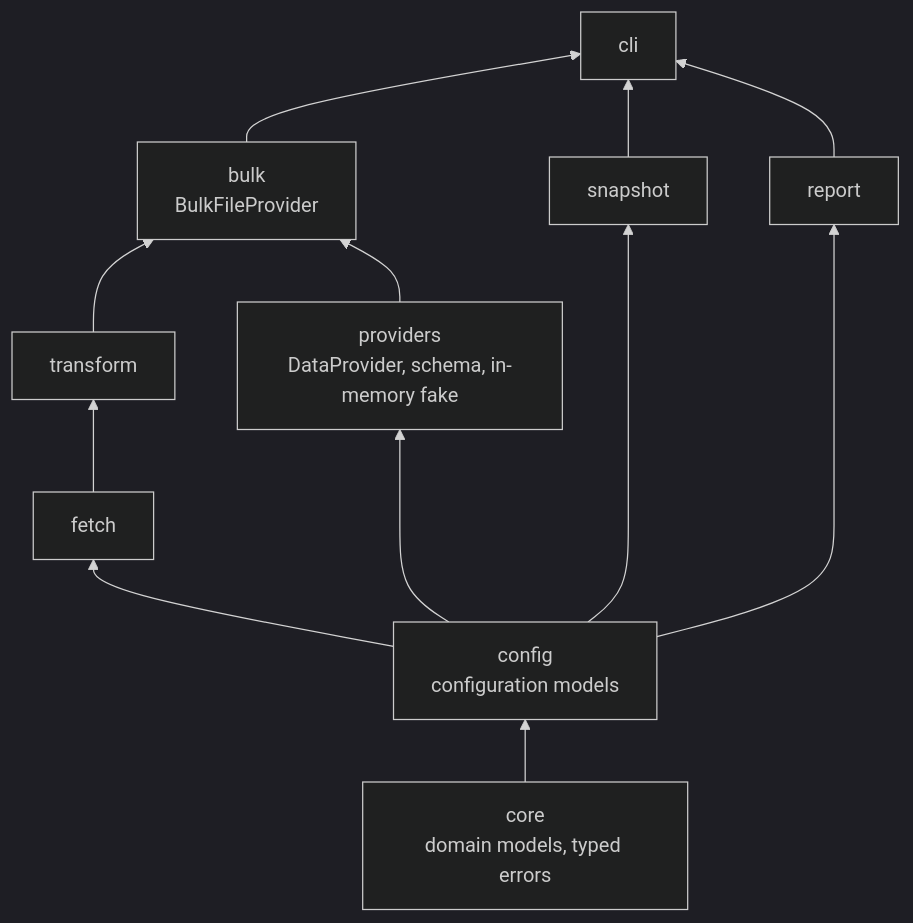
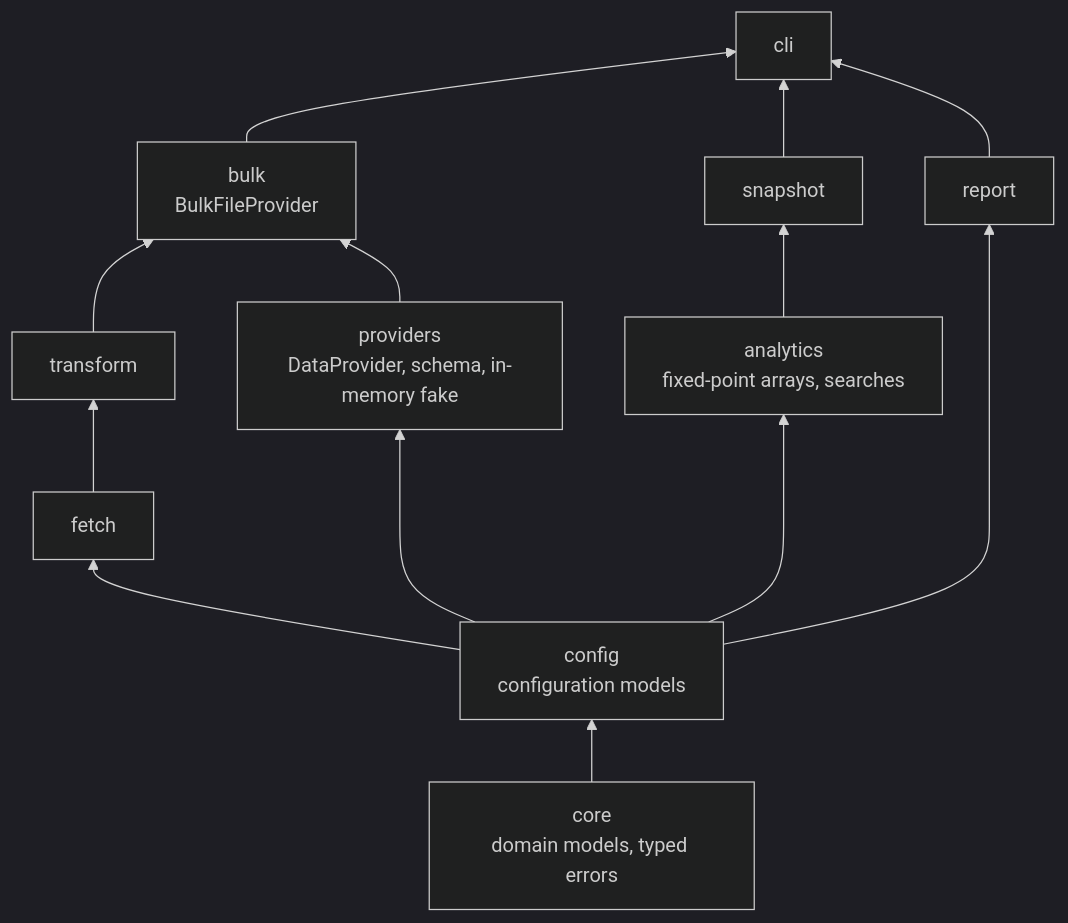
Before and after one commit to andrea-dm/policy-rate-monitor: the second of 2 diagrams in README.md, drawn with Mermaid (dark theme). The commit also changed other lines of this file and 1 other file, not shown here.

Commit message:
docs: add analytics to the readme diagram, and the changelog entries

````diff
--- a/README.md
+++ b/README.md
@@ -117,24 +117,26 @@
 ```mermaid
 flowchart BT
     core["core<br/>domain models, typed errors"]
     config["config<br/>configuration models"]
     fetch["fetch"]
     transform["transform"]
     providers["providers<br/>DataProvider, schema, in-memory fake"]
     bulk["bulk<br/>BulkFileProvider"]
+    analytics["analytics<br/>fixed-point arrays, searches"]
     snapshot["snapshot"]
     report["report"]
     cli["cli"]
 
     core --> config
     config --> fetch
     config --> providers
     fetch --> transform
     transform --> bulk
     providers --> bulk
-    config --> snapshot
+    config --> analytics
+    analytics --> snapshot
     config --> report
     bulk --> cli
     snapshot --> cli
     report --> cli
 ```
````
